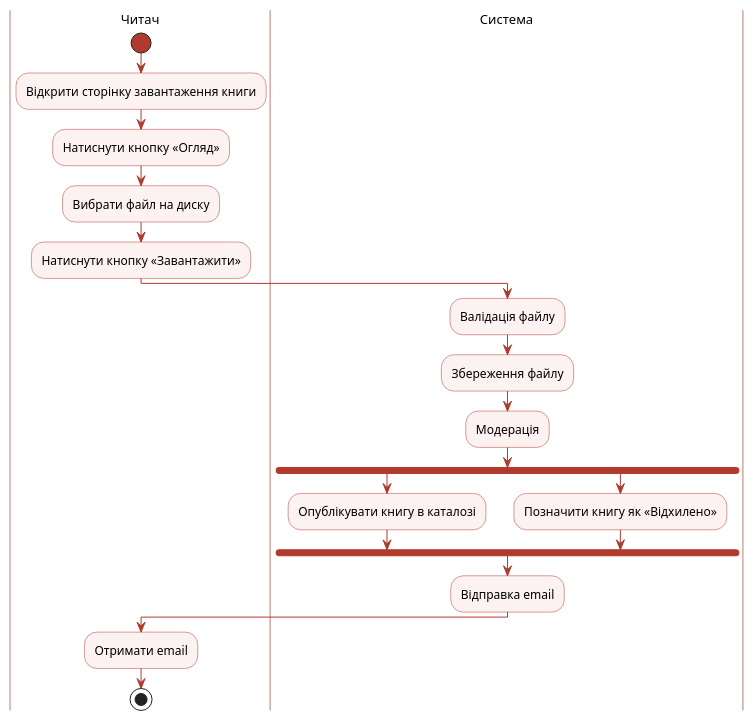
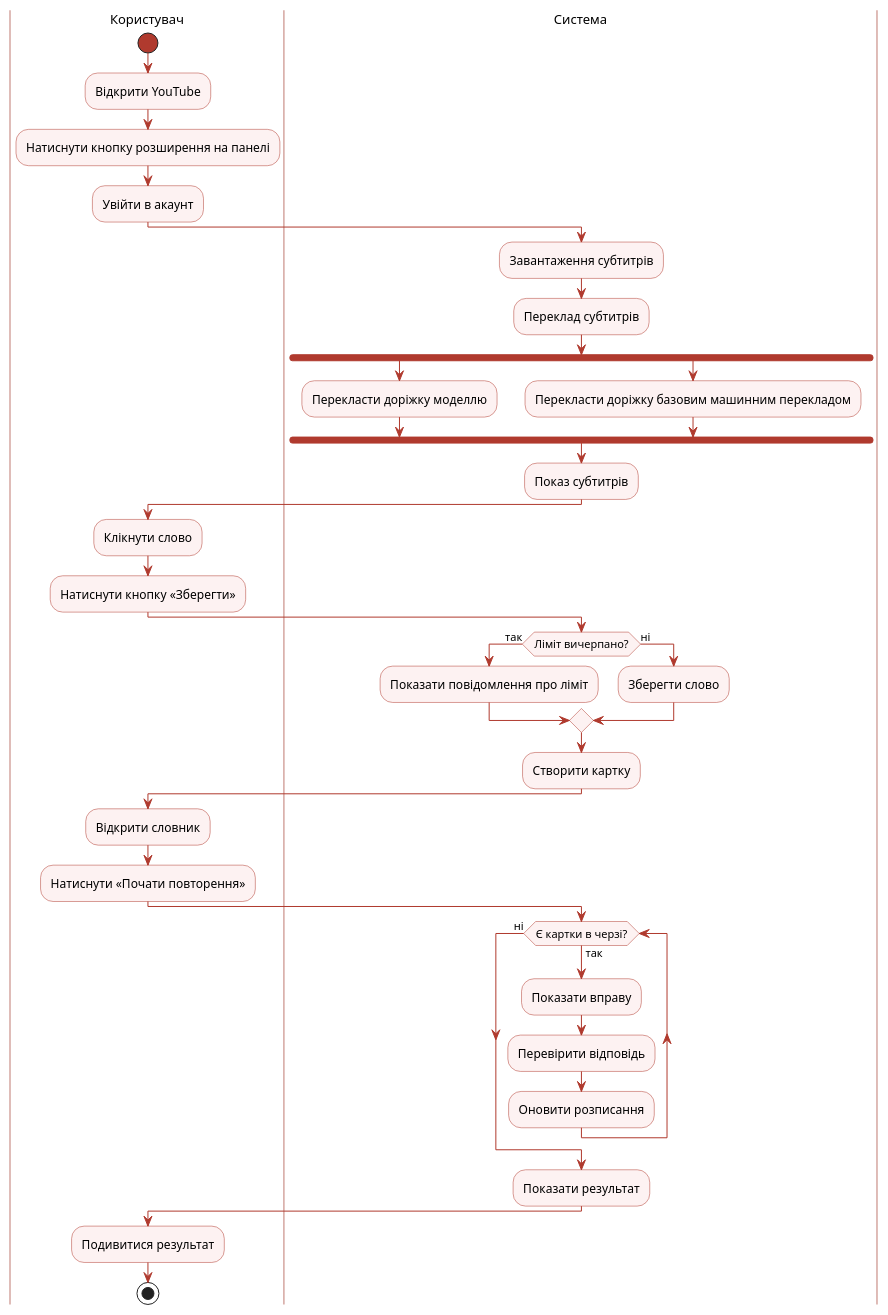
One commit to vt232kod-debug/software-modeling changed the diagram in lab04_activity/activity_ai_draft.puml. Above: the diagram before and after it, drawn with PlantUML. The commit also changed 77 other files, not shown here.

```diff
--- a/lab04_activity/activity_ai_draft.puml
+++ b/lab04_activity/activity_ai_draft.puml
@@ -1,46 +1,77 @@
 @startuml
+' ============================================================================
 ' ЧЕРНЕТКА, ЗГЕНЕРОВАНА ШІ (перший прохід, ДО ручного виправлення).
 ' Файл збережено НАВМИСНО з усіма хибами — він потрібен лише для розділу
 ' «Критичний аналіз ШІ-чернетки» звіту і НЕ є результатом лабораторної роботи.
+' Хиби, заради яких чернетку збережено:
+'   1) усі зовнішні системи зведено в одну доріжку «Система» (лише 2 доріжки);
+'   2) fork/join накладено на взаємовиключні гілки «модель / базовий переклад»;
+'   3) цикл сесії повторень не змінює умову виходу — картка з черги не вилучається;
+'   4) дії різного рівня абстракції: кліки по кнопках поруч з перекладом доріжки;
+'   5) жодного обʼєктного вузла — стан слова невидимий;
+'   6) відмовна гілка «ліміт вичерпано» без кінцевого вузла, зливається назад.
 ' Камінський Олексій Дмитрович, група ВТ-23-2
+' ============================================================================
 
 skinparam defaultFontName "Helvetica"
 skinparam shadowing false
 skinparam ArrowFontSize 11
 skinparam activity {
   BackgroundColor #FDF2F2
   BorderColor #B03A2E
   ArrowColor #B03A2E
   DiamondBackgroundColor #FDF2F2
   DiamondBorderColor #B03A2E
   StartColor #B03A2E
   EndColor #B03A2E
   BarColor #B03A2E
 }
 skinparam swimlane {
   BorderColor #D5A6A0
   TitleFontSize 13
 }
 
-|Читач|
+|Користувач|
 start
-:Відкрити сторінку завантаження книги;
-:Натиснути кнопку «Огляд»;
-:Вибрати файл на диску;
-:Натиснути кнопку «Завантажити»;
+:Відкрити YouTube;
+:Натиснути кнопку розширення на панелі;
+:Увійти в акаунт;
 
 |Система|
-:Валідація файлу;
-:Збереження файлу;
-:Модерація;
+:Завантаження субтитрів;
+:Переклад субтитрів;
 fork
-  :Опублікувати книгу в каталозі;
+  :Перекласти доріжку моделлю;
 fork again
-  :Позначити книгу як «Відхилено»;
+  :Перекласти доріжку базовим машинним перекладом;
 end fork
-:Відправка email;
+:Показ субтитрів;
 
-|Читач|
-:Отримати email;
+|Користувач|
+:Клікнути слово;
+:Натиснути кнопку «Зберегти»;
+
+|Система|
+if (Ліміт вичерпано?) then (так)
+  :Показати повідомлення про ліміт;
+else (ні)
+  :Зберегти слово;
+endif
+:Створити картку;
+
+|Користувач|
+:Відкрити словник;
+:Натиснути «Почати повторення»;
+
+|Система|
+while (Є картки в черзі?) is (так)
+  :Показати вправу;
+  :Перевірити відповідь;
+  :Оновити розписання;
+endwhile (ні)
+:Показати результат;
+
+|Користувач|
+:Подивитися результат;
 stop
 @enduml
```
